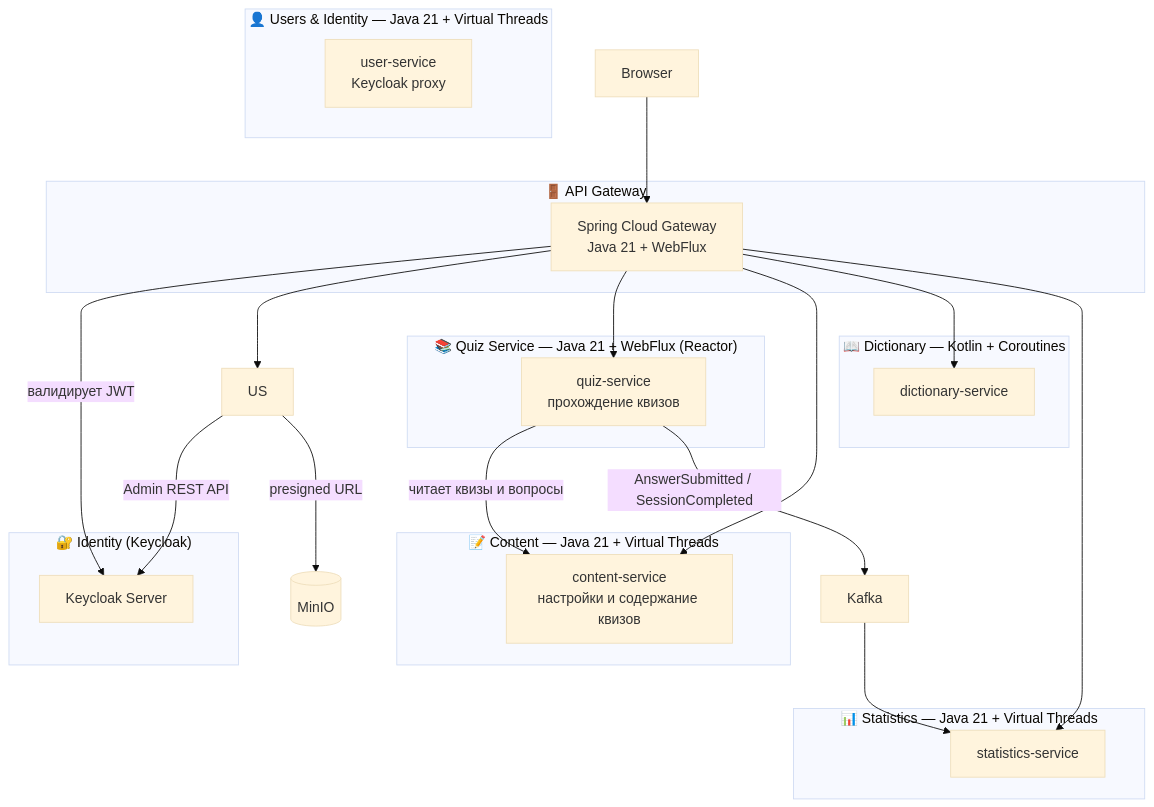
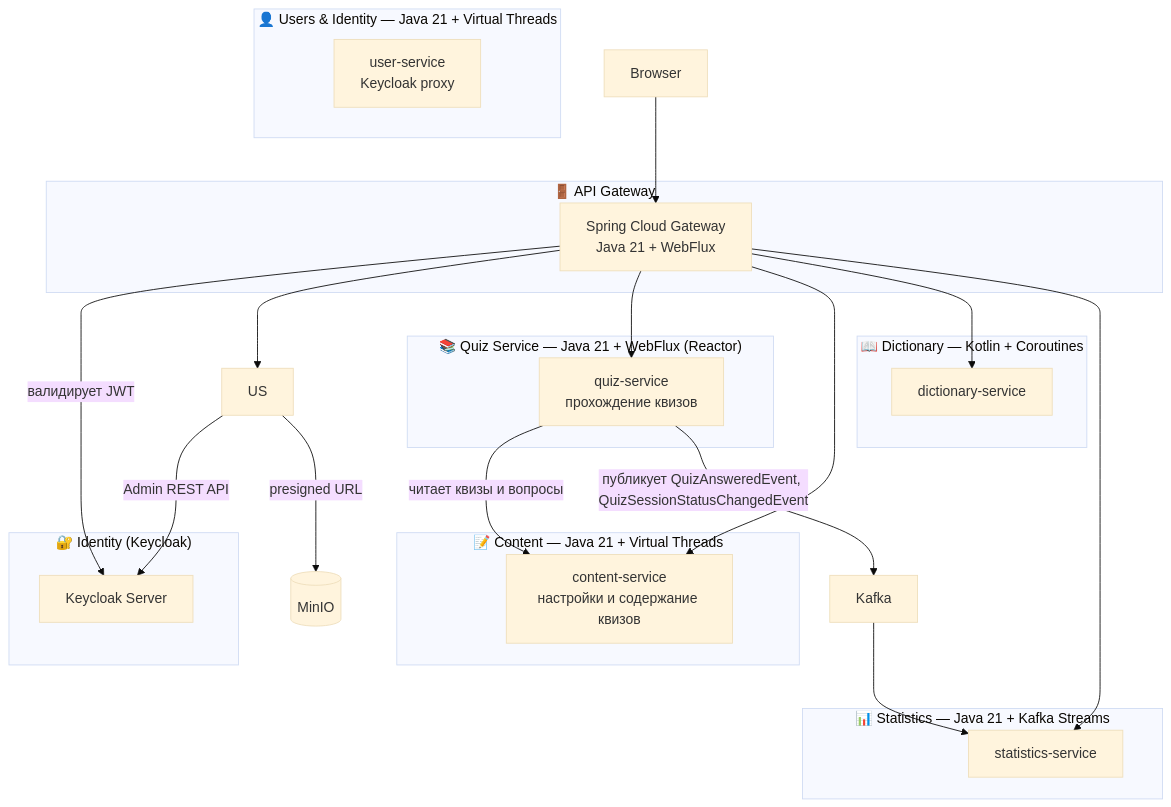
The diagram in docs/README.md (sergijm/samskrtam), drawn with Mermaid (base theme) before and after one commit. The commit also changed other lines of this file and 39 other files, not shown here.

````diff
--- a/docs/README.md
+++ b/docs/README.md
@@ -61,43 +61,43 @@
 ```mermaid
 graph TD
   subgraph Identity ["🔐 Identity (Keycloak)"]
     KC[Keycloak Server]
   end
 
   subgraph Gateway ["🚪 API Gateway"]
     GW[Spring Cloud Gateway\nJava 21 + WebFlux]
   end
 
   subgraph IdentityUsers ["👤 Users & Identity — Java 21 + Virtual Threads"]
     AS[user-service\nKeycloak proxy]
   end
 
   subgraph Content ["📝 Content — Java 21 + Virtual Threads"]
     CS[content-service\nнастройки и содержание квизов]
   end
 
   subgraph Quiz ["📚 Quiz Service — Java 21 + WebFlux (Reactor)"]
     QS[quiz-service\nпрохождение квизов]
   end
 
   subgraph Dictionary ["📖 Dictionary — Kotlin + Coroutines"]
     DS[dictionary-service]
   end
 
-  subgraph Stats ["📊 Statistics — Java 21 + Virtual Threads"]
+  subgraph Stats ["📊 Statistics — Java 21 + Kafka Streams"]
     ST[statistics-service]
   end
 
   Browser --> GW
   GW -->|валидирует JWT| KC
   GW --> US
   US -->|Admin REST API| KC
   US -->|presigned URL| MinIO[(MinIO)]
   GW --> QS
   GW --> CS
   GW --> DS
   GW --> ST
   QS -->|читает квизы и вопросы| CS
-  QS -->|AnswerSubmitted / SessionCompleted| Kafka
+  QS -->|публикует QuizAnsweredEvent, QuizSessionStatusChangedEvent| Kafka
   Kafka --> ST
 ```
````
